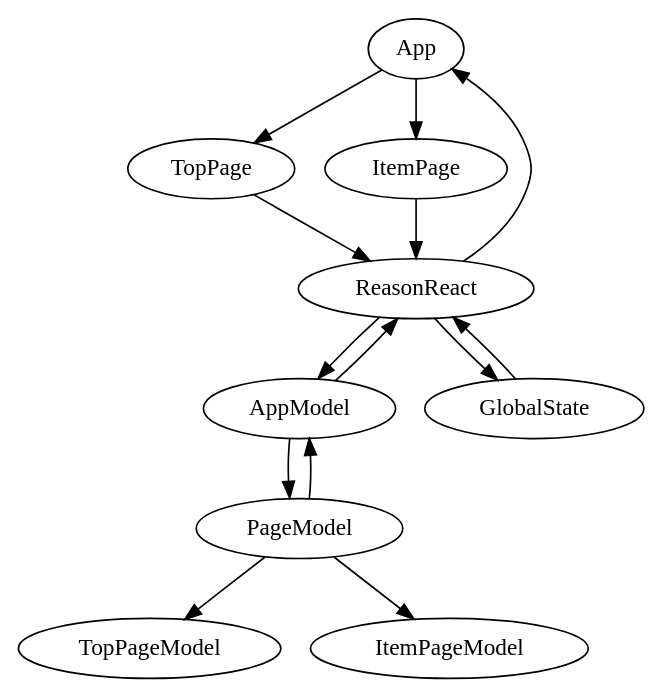
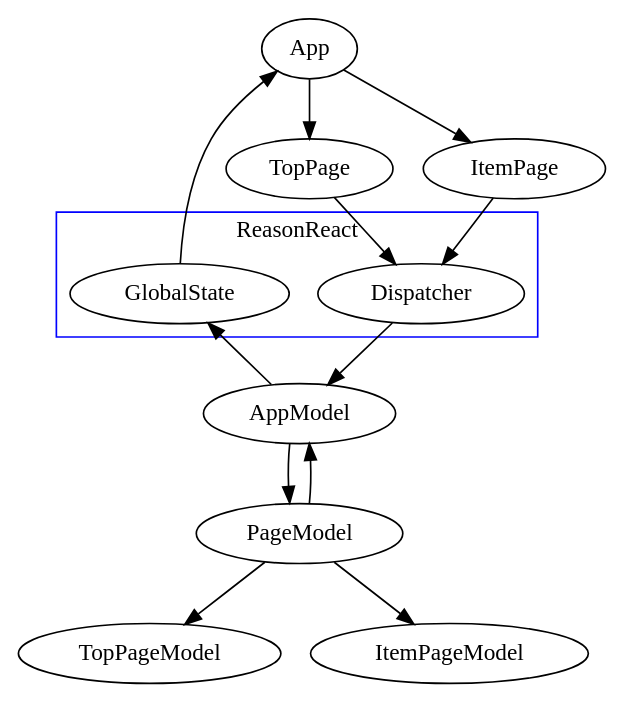
Before and after one commit to soebosi/reasonml-pwa-tutorial: the diagram in doc/client_architecture.dot, drawn with Graphviz.

Commit message:
Use cluster for ReasonReact

```diff
--- a/doc/client_architecture.dot
+++ b/doc/client_architecture.dot
@@ -1,22 +1,24 @@
 digraph {
+  subgraph cluster_0 {
+    label = "ReasonReact";
+    color = blue;
+    Dispatcher;
+    GlobalState;
+  }
   App -> TopPage
   App -> ItemPage
 
-  TopPage -> ReasonReact
-  ItemPage -> ReasonReact
+  TopPage -> Dispatcher
+  ItemPage -> Dispatcher
 
-  ReasonReact -> AppModel
+  Dispatcher -> AppModel
 
   AppModel -> PageModel
   PageModel -> AppModel
 
-  AppModel -> ReasonReact
-
-  ReasonReact -> GlobalState
-  GlobalState -> ReasonReact
-
-  ReasonReact -> App
+  AppModel -> GlobalState
+  GlobalState -> App
 
   PageModel -> TopPageModel
   PageModel -> ItemPageModel
 }
```
